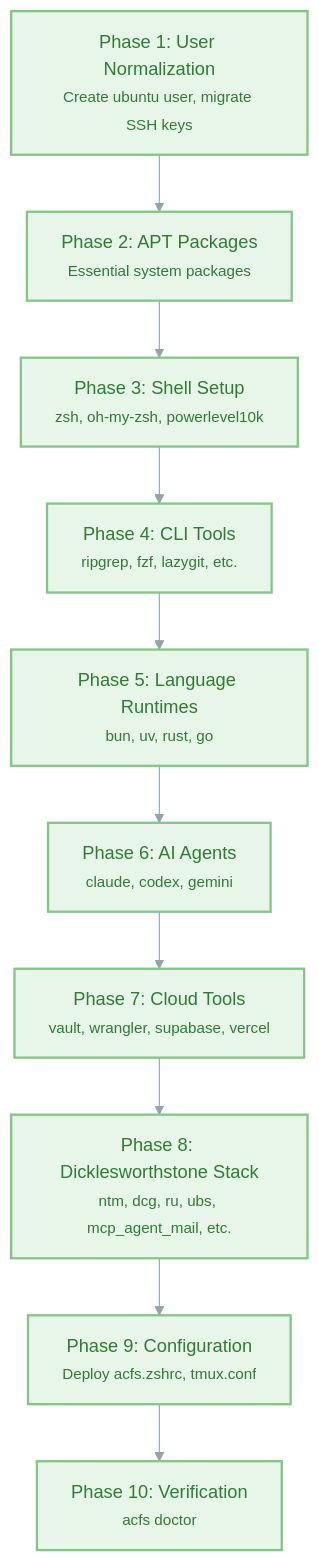
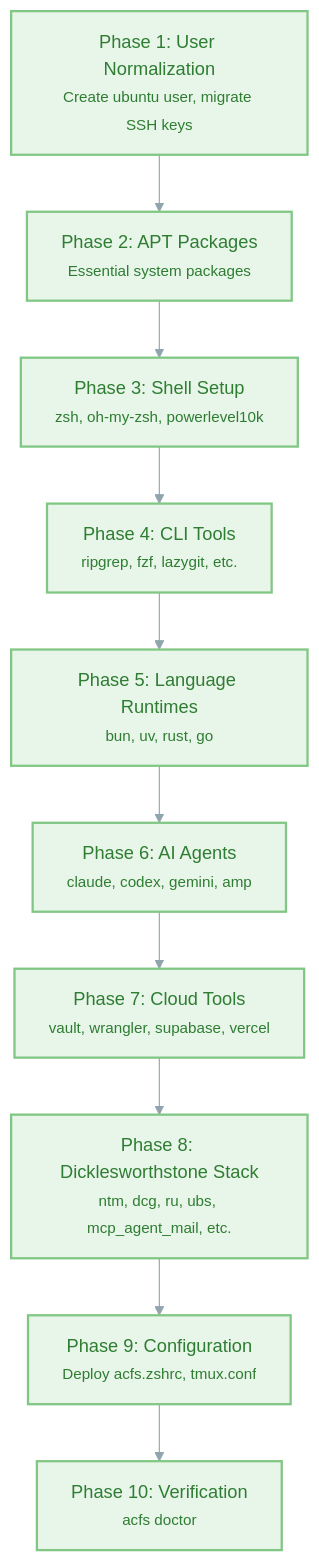
Before and after one commit to deepakdgupta1/agentic-coding: the third of 3 diagrams in README.md, drawn with Mermaid. The commit also changed other lines of this file and 94 other files, not shown here.

````diff
--- a/README.md
+++ b/README.md
@@ -485,20 +494,20 @@
 ```mermaid
 graph TD
     %%{init: {'theme': 'base', 'themeVariables': { 'primaryColor': '#e8f5e9', 'lineColor': '#90a4ae'}}}%%
 
     A["Phase 1: User Normalization<br/><small>Create ubuntu user, migrate SSH keys</small>"]
     B["Phase 2: APT Packages<br/><small>Essential system packages</small>"]
     C["Phase 3: Shell Setup<br/><small>zsh, oh-my-zsh, powerlevel10k</small>"]
     D["Phase 4: CLI Tools<br/><small>ripgrep, fzf, lazygit, etc.</small>"]
     E["Phase 5: Language Runtimes<br/><small>bun, uv, rust, go</small>"]
-    F["Phase 6: AI Agents<br/><small>claude, codex, gemini</small>"]
+    F["Phase 6: AI Agents<br/><small>claude, codex, gemini, amp</small>"]
     G["Phase 7: Cloud Tools<br/><small>vault, wrangler, supabase, vercel</small>"]
     H["Phase 8: Dicklesworthstone Stack<br/><small>ntm, dcg, ru, ubs, mcp_agent_mail, etc.</small>"]
     I["Phase 9: Configuration<br/><small>Deploy acfs.zshrc, tmux.conf</small>"]
     J["Phase 10: Verification<br/><small>acfs doctor</small>"]
 
     A --> B --> C --> D --> E --> F --> G --> H --> I --> J
 
     classDef phase fill:#e8f5e9,stroke:#81c784,stroke-width:2px,color:#2e7d32
     class A,B,C,D,E,F,G,H,I,J phase
 ```
````
